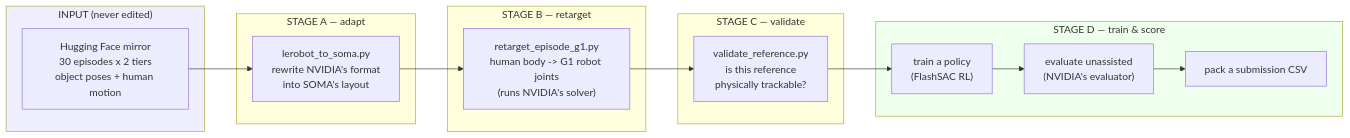
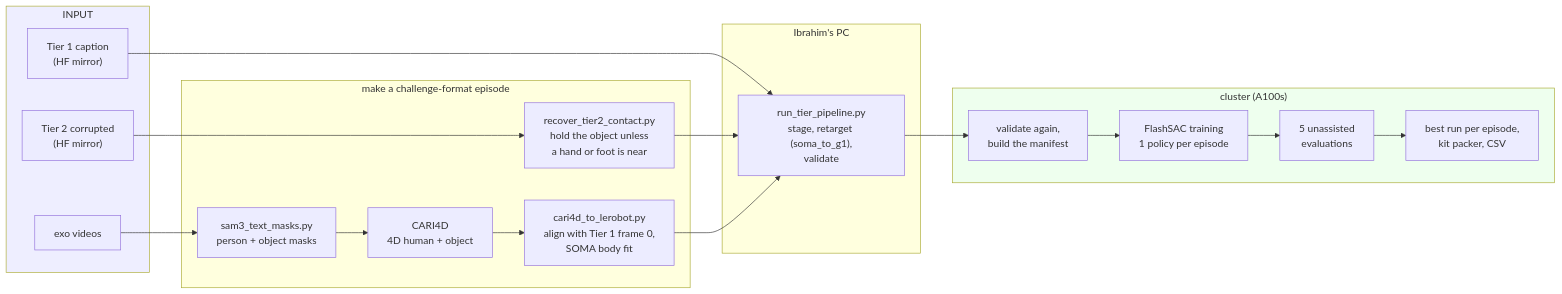
Before and after one commit to ibrahim-1811/v2d-track2-robotic-grounding: the first of 6 diagrams in docs/architecture/ARCHITECTURE.md, drawn with Mermaid. The commit also changed other lines of this file and 53 other files, not shown here.

First line of the commit message:
Clean repo: one README with every command, current architecture and code map

````diff
--- a/docs/architecture/ARCHITECTURE.md
+++ b/docs/architecture/ARCHITECTURE.md
@@ -26,28 +33,29 @@
 ```mermaid
 flowchart LR
-    subgraph INPUT["INPUT (never edited)"]
-        HF["Hugging Face mirror<br/>30 episodes x 2 tiers<br/>object poses + human motion"]
+    subgraph IN["INPUT"]
+        T1["Tier 1 caption<br/>(HF mirror)"]
+        T2["Tier 2 corrupted<br/>(HF mirror)"]
+        V["exo videos"]
     end
-
-    subgraph A["STAGE A — adapt"]
-        A1["lerobot_to_soma.py<br/>rewrite NVIDIA's format<br/>into SOMA's layout"]
+    subgraph PREP["make a challenge-format episode"]
+        R2["recover_tier2_contact.py<br/>hold the object unless<br/>a hand or foot is near"]
+        M["sam3_text_masks.py<br/>person + object masks"]
+        C["CARI4D<br/>4D human + object"]
+        X["cari4d_to_lerobot.py<br/>align with Tier 1 frame 0,<br/>SOMA body fit"]
     end
-
-    subgraph B["STAGE B — retarget"]
-        B1["retarget_episode_g1.py<br/>human body -> G1 robot joints<br/>(runs NVIDIA's solver)"]
+    subgraph PC["Ibrahim's PC"]
+        RT["run_tier_pipeline.py<br/>stage, retarget (soma_to_g1),<br/>validate"]
     end
-
-    subgraph C["STAGE C — validate"]
-        C1["validate_reference.py<br/>is this reference<br/>physically trackable?"]
+    subgraph CL["cluster (A100s)"]
+        VA["validate again,<br/>build the manifest"]
+        TR["FlashSAC training<br/>1 policy per episode"]
+        EV["5 unassisted<br/>evaluations"]
+        PK["best run per episode,<br/>kit packer, CSV"]
     end
-
-    subgraph D["STAGE D — train & score"]
-        D1["train a policy<br/>(FlashSAC RL)"]
-        D2["evaluate unassisted<br/>(NVIDIA's evaluator)"]
-        D3["pack a submission CSV"]
-    end
-
-    HF --> A1 --> B1 --> C1 --> D1 --> D2 --> D3
-    style INPUT fill:#eef
-    style D fill:#efe
+    T1 --> RT
+    T2 --> R2 --> RT
+    V --> M --> C --> X --> RT
+    RT --> VA --> TR --> EV --> PK
+    style IN fill:#eef
+    style CL fill:#efe
 ```
````
